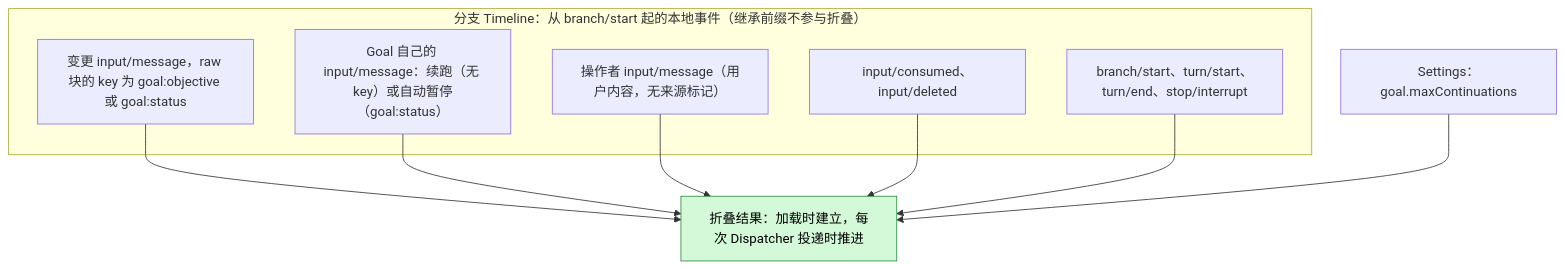
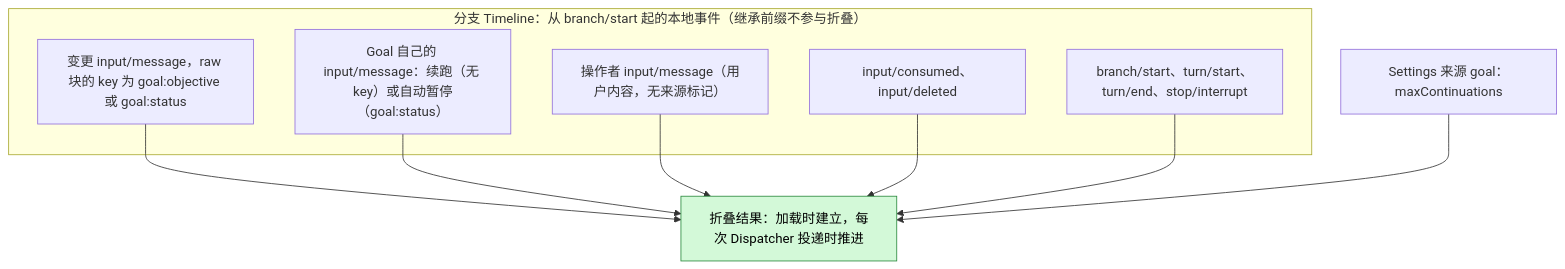
Before and after one commit to CoutinhoTTS/dim-agent: the second of 7 diagrams in docs/zh/design/plugins/Goal.md, drawn with Mermaid. The commit also changed other lines of this file and 27 other files, not shown here.

````diff
--- a/docs/zh/design/plugins/Goal.md
+++ b/docs/zh/design/plugins/Goal.md
@@ -50,19 +50,19 @@
 ```mermaid
 flowchart TB
   subgraph TLB["分支 Timeline：从 branch/start 起的本地事件（继承前缀不参与折叠）"]
     GBK["变更 input/message，raw 块的 key 为 goal:objective 或 goal:status"]
     CI["Goal 自己的 input/message：续跑（无 key）或自动暂停（goal:status）"]
     OI["操作者 input/message（用户内容，无来源标记）"]
     IC["input/consumed、input/deleted"]
     TE["branch/start、turn/start、turn/end、stop/interrupt"]
   end
-  CFG["Settings：goal.maxContinuations"]
+  CFG["Settings 来源 goal：maxContinuations"]
   VIEW["折叠结果：加载时建立，每次 Dispatcher 投递时推进"]:::new
   GBK --> VIEW
   CI --> VIEW
   OI --> VIEW
   IC --> VIEW
   TE --> VIEW
   CFG --> VIEW
   classDef new fill:#d3f9d8,stroke:#2b8a3e,color:#000
 ```
````
